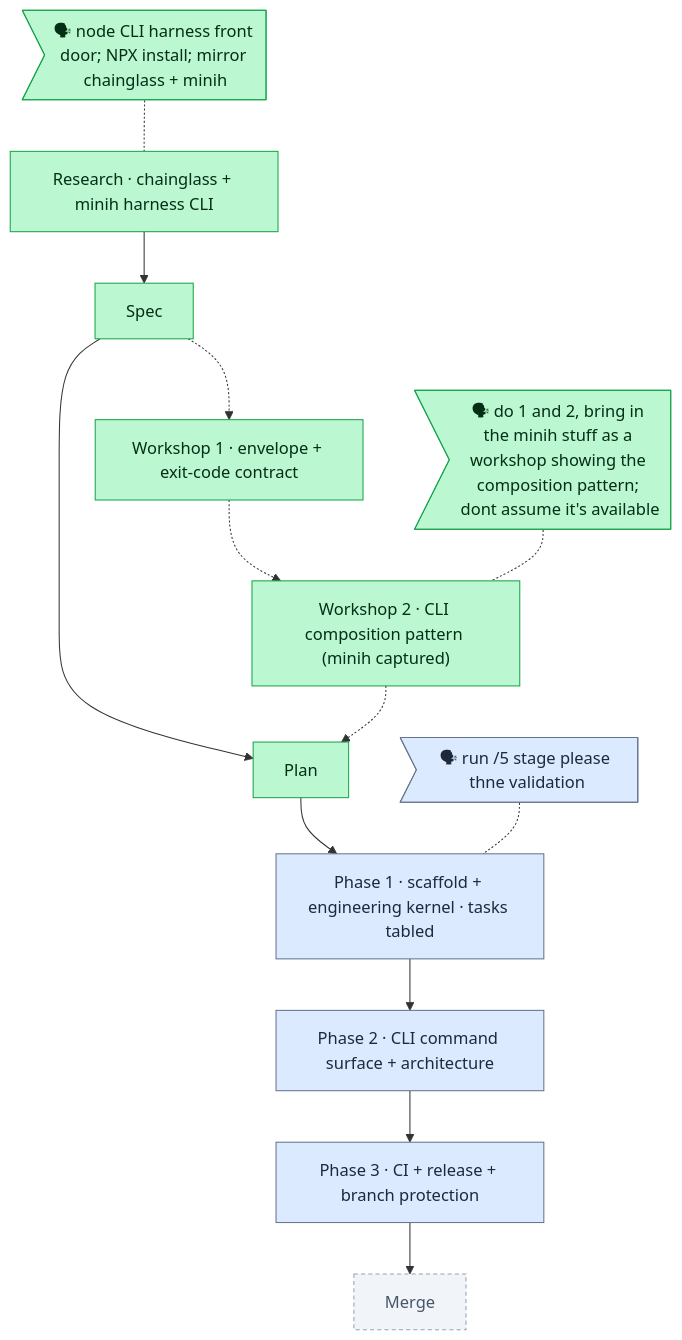
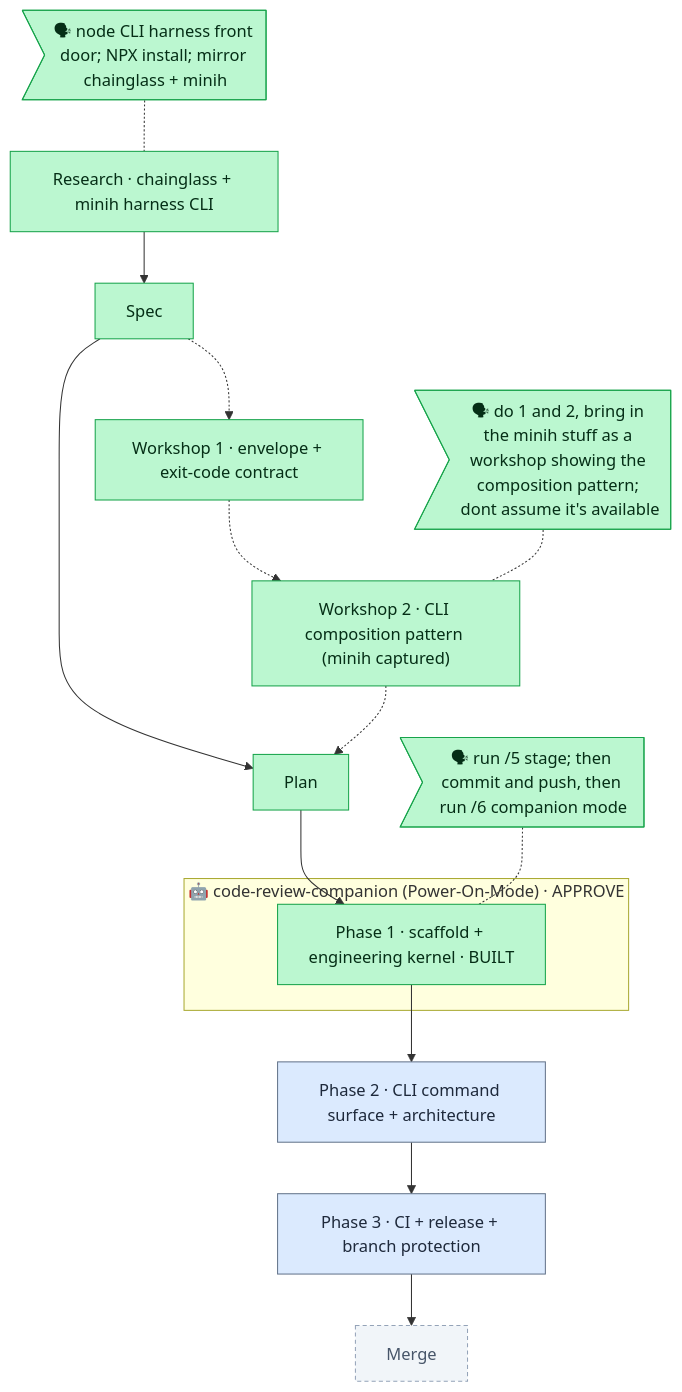
Before and after one commit to AI-Substrate/harness-engineering: the diagram in docs/plans/004-harness-core/the-flow.md, drawn with Mermaid. The commit also changed other lines of this file and 5 other files, not shown here.

First line of the commit message:
docs(harness-core): Phase 1 companion debrief, retro ledger, flow update

````diff
--- a/docs/plans/004-harness-core/the-flow.md
+++ b/docs/plans/004-harness-core/the-flow.md
@@ -5,29 +5,31 @@
 ```mermaid
 flowchart TD
   classDef done fill:#bbf7d0,stroke:#16a34a,color:#052e16;
   classDef wip fill:#fed7aa,stroke:#ea580c,color:#7c2d12;
   classDef blocked fill:#fecaca,stroke:#dc2626,color:#7f1d1d;
   classDef known fill:#dbeafe,stroke:#64748b,color:#1e293b;
   classDef assumed fill:#f1f5f9,stroke:#94a3b8,color:#475569,stroke-dasharray:4 3;
 
   research["Research · chainglass + minih harness CLI"]:::done
   spec["Spec"]:::done
   plan["Plan"]:::done
-  p1["Phase 1 · scaffold + engineering kernel · tasks tabled"]:::known
+  subgraph companion["🤖 code-review-companion (Power-On-Mode) · APPROVE"]
+    p1["Phase 1 · scaffold + engineering kernel · BUILT"]:::done
+  end
   p2["Phase 2 · CLI command surface + architecture"]:::known
   p3["Phase 3 · CI + release + branch protection"]:::known
   merge["Merge"]:::assumed
 
   research --> spec --> plan --> p1 --> p2 --> p3 --> merge
 
   ws1["Workshop 1 · envelope + exit-code contract"]:::done
   ws2["Workshop 2 · CLI composition pattern (minih captured)"]:::done
   spec -.-> ws1 -.-> ws2 -.-> plan
 
   said_research>"🗣 node CLI harness front door; NPX install; mirror chainglass + minih"]:::done
   said_research -.- research
   said_ws>"🗣 do 1 and 2, bring in the minih stuff as a workshop showing the composition pattern; dont assume it's available"]:::done
   said_ws -.- ws2
-  said_p1>"🗣 run /5 stage please thne validation"]:::known
+  said_p1>"🗣 run /5 stage; then commit and push, then run /6 companion mode"]:::done
   said_p1 -.- p1
 ```
````
